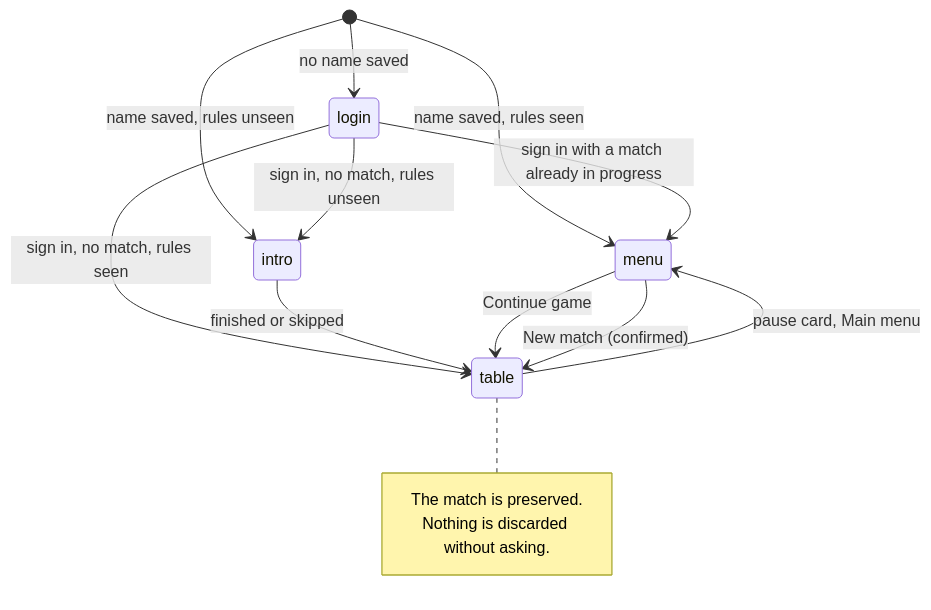
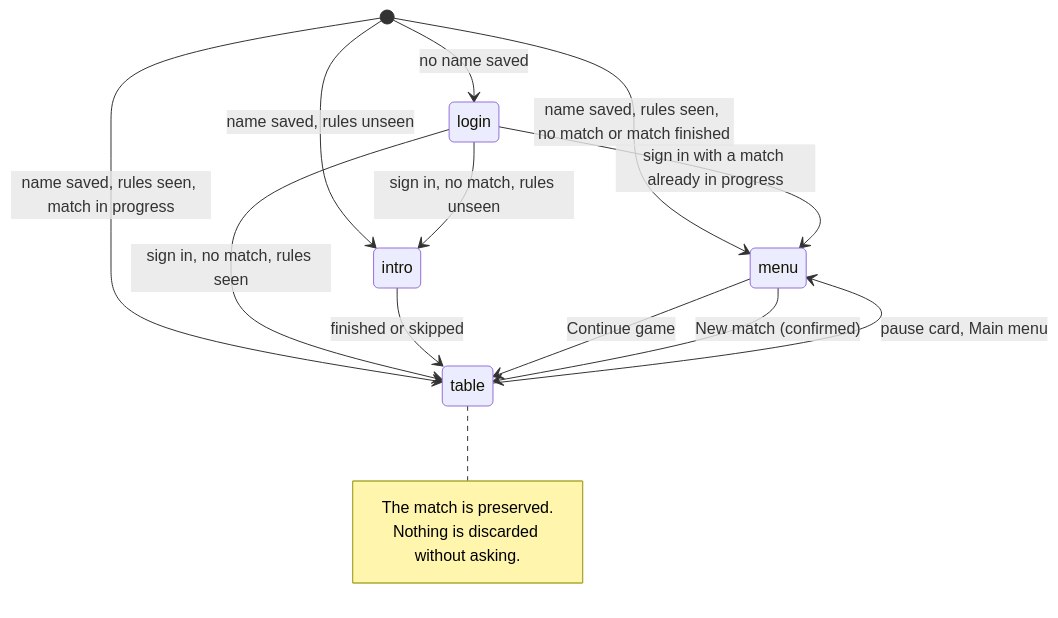
Before and after one commit to cmurphy1140/cardgame-io: the first of 3 diagrams in docs/screen-flow.md, drawn with Mermaid. The commit also changed other lines of this file and 42 other files, not shown here.

````diff
--- a/docs/screen-flow.md
+++ b/docs/screen-flow.md
@@ -18,21 +18,22 @@
 ```mermaid
 stateDiagram-v2
     [*] --> login: no name saved
     [*] --> intro: name saved, rules unseen
-    [*] --> menu: name saved, rules seen
+    [*] --> table: name saved, rules seen, match in progress
+    [*] --> menu: name saved, rules seen, no match or match finished
 
     login --> menu: sign in with a match already in progress
     login --> intro: sign in, no match, rules unseen
     login --> table: sign in, no match, rules seen
 
     intro --> table: finished or skipped
 
     menu --> table: Continue game
     menu --> table: New match (confirmed)
 
     table --> menu: pause card, Main menu
     note right of table
         The match is preserved.
         Nothing is discarded without asking.
     end note
 ```
````
